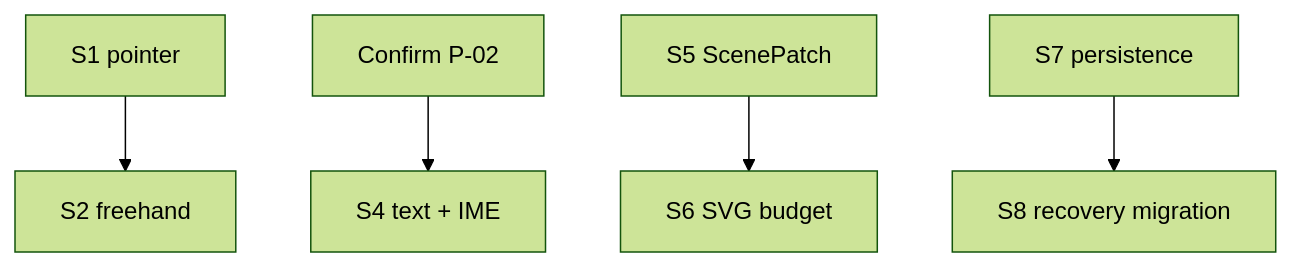
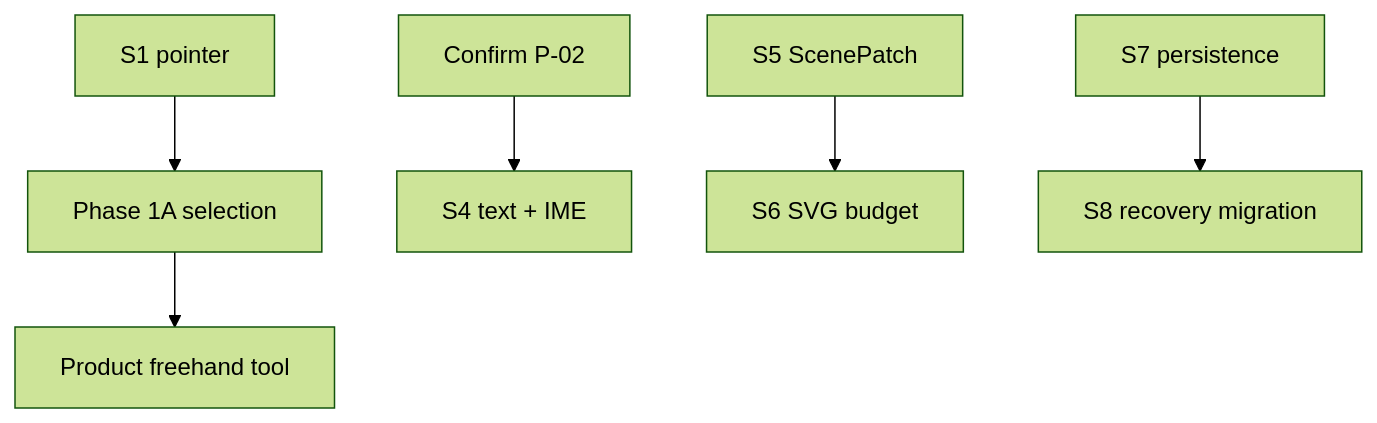
One commit to deweyou/node-ink changed the diagram in docs/.todo.md. Above: the diagram before and after it, drawn with Mermaid (forest theme). The commit also changed other lines of this file and 36 other files, not shown here.

Commit message:
feat: add Phase 1A selection and deletion

````diff
--- a/docs/.todo.md
+++ b/docs/.todo.md
@@ -3,7 +3,8 @@
 ```mermaid
 flowchart TD
-    Input["S1 pointer"] --> Ink["S2 freehand"]
+    Input["S1 pointer"] --> Selection["Phase 1A selection"]
+    Selection --> Ink["Product freehand tool"]
     Text["Confirm P-02"] --> IME["S4 text + IME"]
     Patch["S5 ScenePatch"] --> Scale["S6 SVG budget"]
     Storage["S7 persistence"] --> Migration["S8 recovery migration"]
 ```
````
